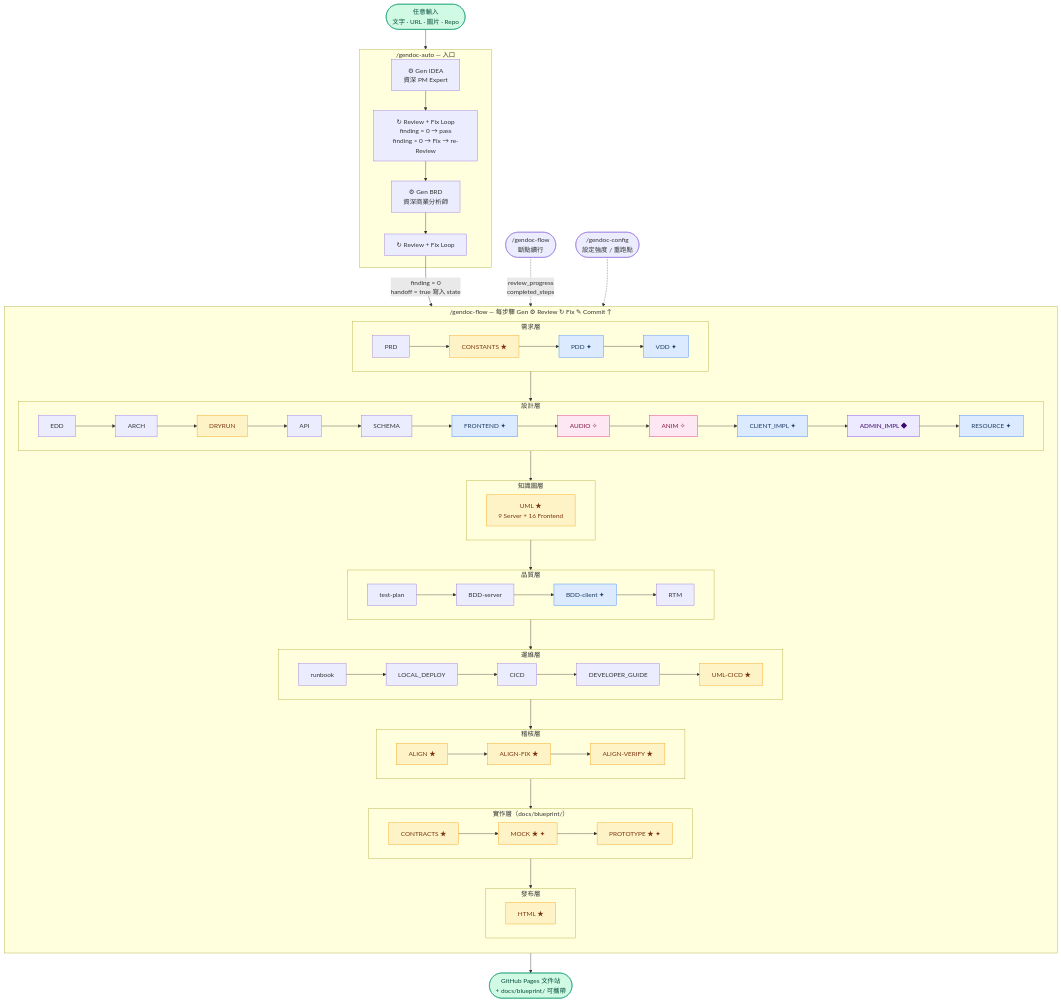
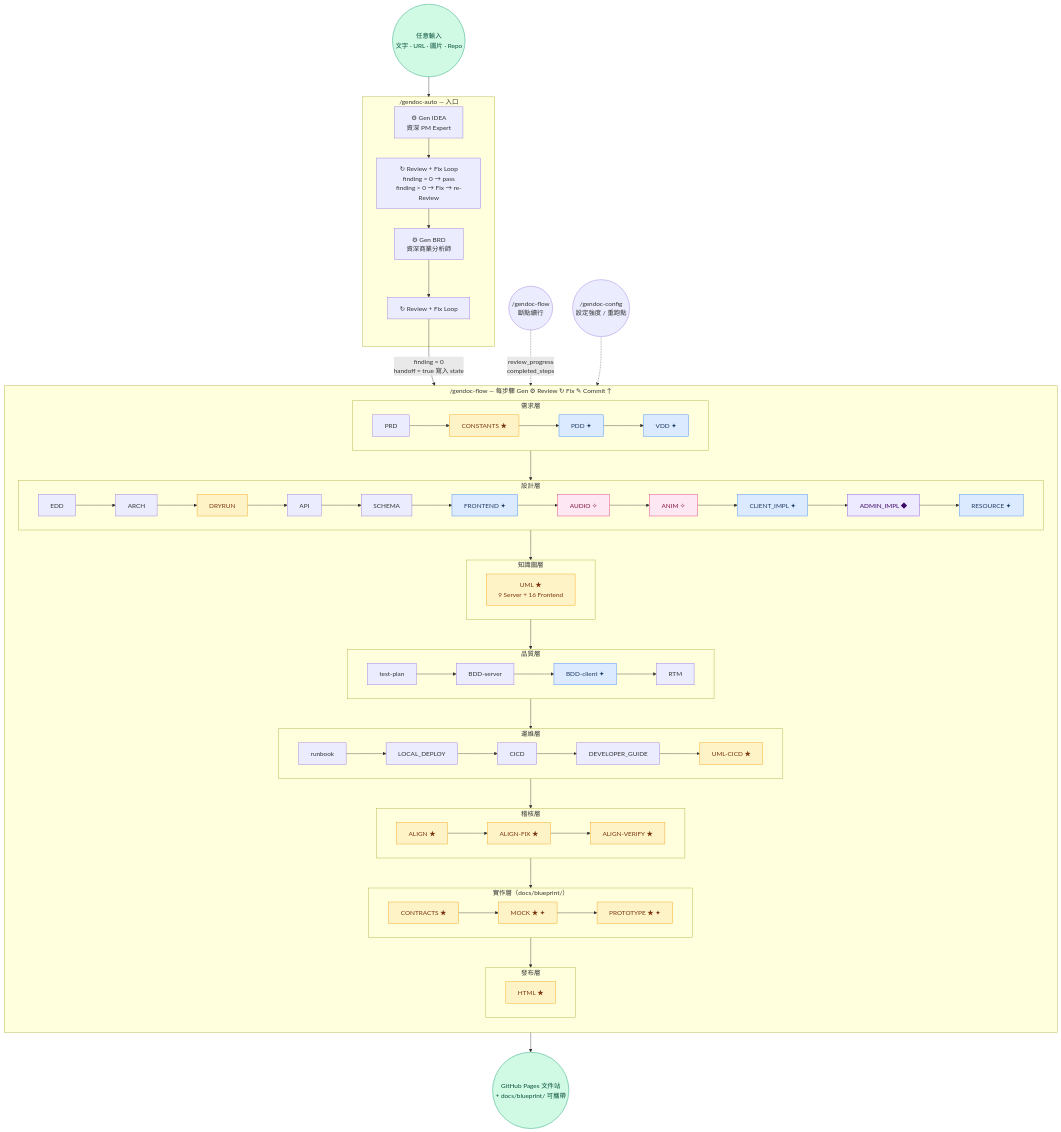
Before and after one commit to ibalasite/gendoc: the second of 4 diagrams in docs/PRD.md, drawn with Mermaid. The commit also changed other lines of this file and 1 other file, not shown here.

Commit message:
docs(html): fix Mermaid STADIUM_SHAPE syntax + regenerate HTML
- docs/PRD.md: fix 3 x ([...]) → ((...)) in flowchart blocks
- docs/pages/prd.html: regenerated after Mermaid fix

````diff
--- a/docs/PRD.md
+++ b/docs/PRD.md
@@ -541,51 +541,51 @@
 ```mermaid
 flowchart TD
-    INPUT([任意輸入\n文字 · URL · 圖片 · Repo]) --> AUTO
+    INPUT((任意輸入\n文字 · URL · 圖片 · Repo)) --> AUTO
     subgraph AUTO["/gendoc-auto — 入口"]
         G1["⚙ Gen IDEA\n資深 PM Expert"] --> R1["↻ Review + Fix Loop\nfinding = 0 → pass\nfinding > 0 → Fix → re-Review"]
         R1 --> G2["⚙ Gen BRD\n資深商業分析師"]
         G2 --> R2["↻ Review + Fix Loop"]
     end
     R2 -->|"finding = 0\nhandoff = true 寫入 state"| FLOW
     subgraph FLOW["/gendoc-flow — 每步驟 Gen ⚙ Review ↻ Fix ✎ Commit ↑"]
         direction TD
         subgraph REQ["需求層"]
             NP["PRD"] --> NCO["CONSTANTS ★"] --> NPD["PDD ✦"] --> NVD["VDD ✦"]
         end
         subgraph DES["設計層"]
             NED["EDD"] --> NAR["ARCH"] --> NDR["DRYRUN"] --> NAPI["API"] --> NSC["SCHEMA"] --> NFR["FRONTEND ✦"] --> NAU["AUDIO ✧"] --> NAN["ANIM ✧"] --> NCI["CLIENT_IMPL ✦"] --> NAIM["ADMIN_IMPL ◆"] --> NRS["RESOURCE ✦"]
         end
         subgraph UML_L["知識圖層"]
             NUML["UML ★\n9 Server + 16 Frontend"]
         end
         subgraph QA["品質層"]
             NTP["test-plan"] --> NBS["BDD-server"] --> NBC["BDD-client ✦"] --> NRTM["RTM"]
         end
         subgraph OPS["運維層"]
             NRB["runbook"] --> NLD["LOCAL_DEPLOY"] --> NCIC["CICD"] --> NDG["DEVELOPER_GUIDE"] --> NUC["UML-CICD ★"]
         end
         subgraph AUDIT["稽核層"]
             NAL["ALIGN ★"] --> NALF["ALIGN-FIX ★"] --> NALV["ALIGN-VERIFY ★"]
         end
         subgraph IMPL["實作層（docs/blueprint/）"]
             NCT["CONTRACTS ★"] --> NMK["MOCK ★ ✦"] --> NPRT["PROTOTYPE ★ ✦"]
         end
         subgraph PUB["發布層"]
             NHL["HTML ★"]
         end
         REQ --> DES --> UML_L --> QA --> OPS --> AUDIT --> IMPL --> PUB
     end
-    FLOW --> DONE([GitHub Pages 文件站\n+ docs/blueprint/ 可攜帶])
-    RESUME(["/gendoc-flow\n斷點續行"]) -.->|"review_progress\ncompleted_steps"| FLOW
-    CONFIG(["/gendoc-config\n設定強度 / 重跑點"]) -.-> FLOW
+    FLOW --> DONE((GitHub Pages 文件站\n+ docs/blueprint/ 可攜帶))
+    RESUME(("/gendoc-flow\n斷點續行")) -.->|"review_progress\ncompleted_steps"| FLOW
+    CONFIG(("/gendoc-config\n設定強度 / 重跑點")) -.-> FLOW
     classDef condNode fill:#dbeafe,stroke:#3b82f6,color:#1e3a5f
     classDef gameNode fill:#fce7f3,stroke:#db2777,color:#831843
     classDef specNode fill:#fef3c7,stroke:#f59e0b,color:#78350f
     classDef adminNode fill:#ede9fe,stroke:#7c3aed,color:#3b0764
     classDef ioNode fill:#d1fae5,stroke:#059669,color:#064e3b
     class NPD,NVD,NFR,NBC,NCI,NRS,NMK,NPRT condNode
     class NAU,NAN gameNode
     class NCO,NDR,NUML,NUC,NAL,NALF,NALV,NCT,NMK,NPRT,NHL specNode
     class NAIM adminNode
     class INPUT,DONE ioNode
 ```
````
